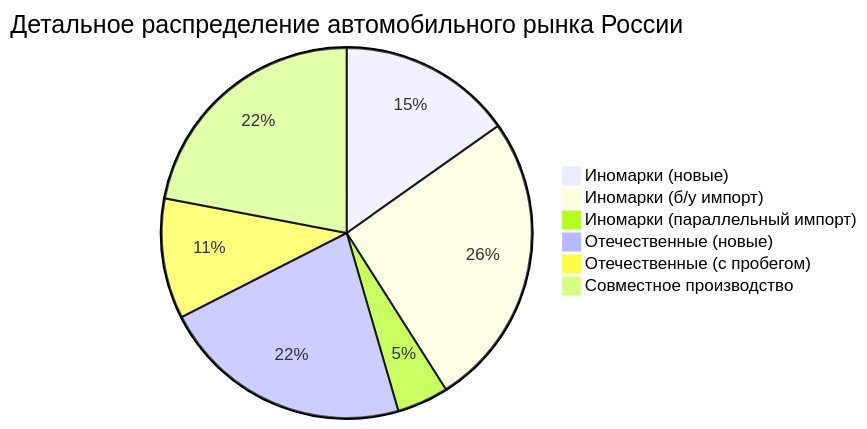
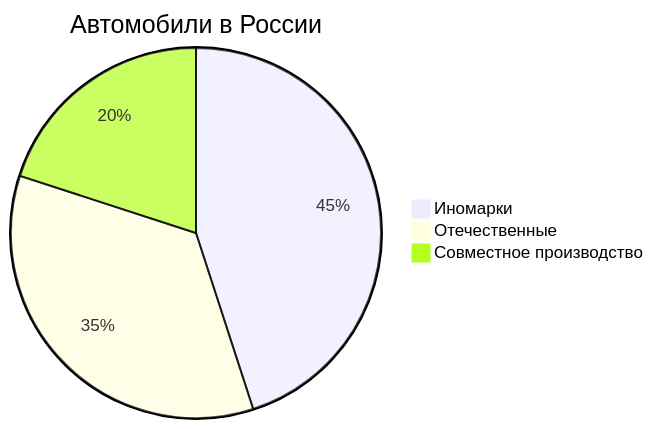
The ninth of 9 diagrams in README.md (Evgeny65ok/mermaid-diagrams), drawn with Mermaid before and after one commit. The commit also changed other lines of this file, not shown here.

````diff
--- a/README.md
+++ b/README.md
@@ -368,9 +194,6 @@
 ```mermaid
-pie title Детальное распределение автомобильного рынка России
-    "Иномарки (новые)" : 15.2
-    "Иномарки (б/у импорт)" : 25.8
-    "Иномарки (параллельный импорт)" : 4.5
-    "Отечественные (новые)" : 22.0
-    "Отечественные (с пробегом)" : 10.5
-    "Совместное производство" : 22.0
+pie title Автомобили в России
+    "Иномарки" : 45
+    "Отечественные" : 35
+    "Совместное производство" : 20
 ```
````
